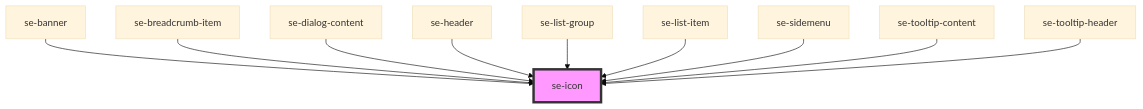
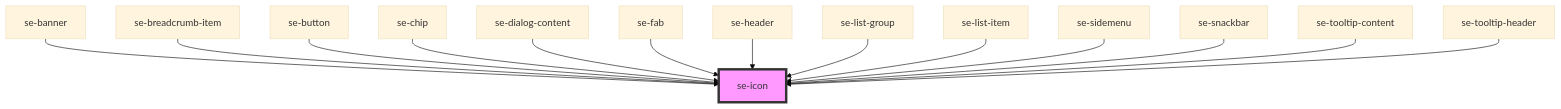
One commit to robbiemcmullense/se-web-ui changed the diagram in src-core/src/components/icon/readme.md. Above: the diagram before and after it, drawn with Mermaid (base theme). The commit also changed other lines of this file and 115 other files, not shown here.

````diff
--- a/src-core/src/components/icon/readme.md
+++ b/src-core/src/components/icon/readme.md
@@ -32,13 +38,17 @@
 ```mermaid
 graph TD;
   se-banner --> se-icon
   se-breadcrumb-item --> se-icon
+  se-button --> se-icon
+  se-chip --> se-icon
   se-dialog-content --> se-icon
+  se-fab --> se-icon
   se-header --> se-icon
   se-list-group --> se-icon
   se-list-item --> se-icon
   se-sidemenu --> se-icon
+  se-snackbar --> se-icon
   se-tooltip-content --> se-icon
   se-tooltip-header --> se-icon
   style se-icon fill:#f9f,stroke:#333,stroke-width:4px
 ```
````
